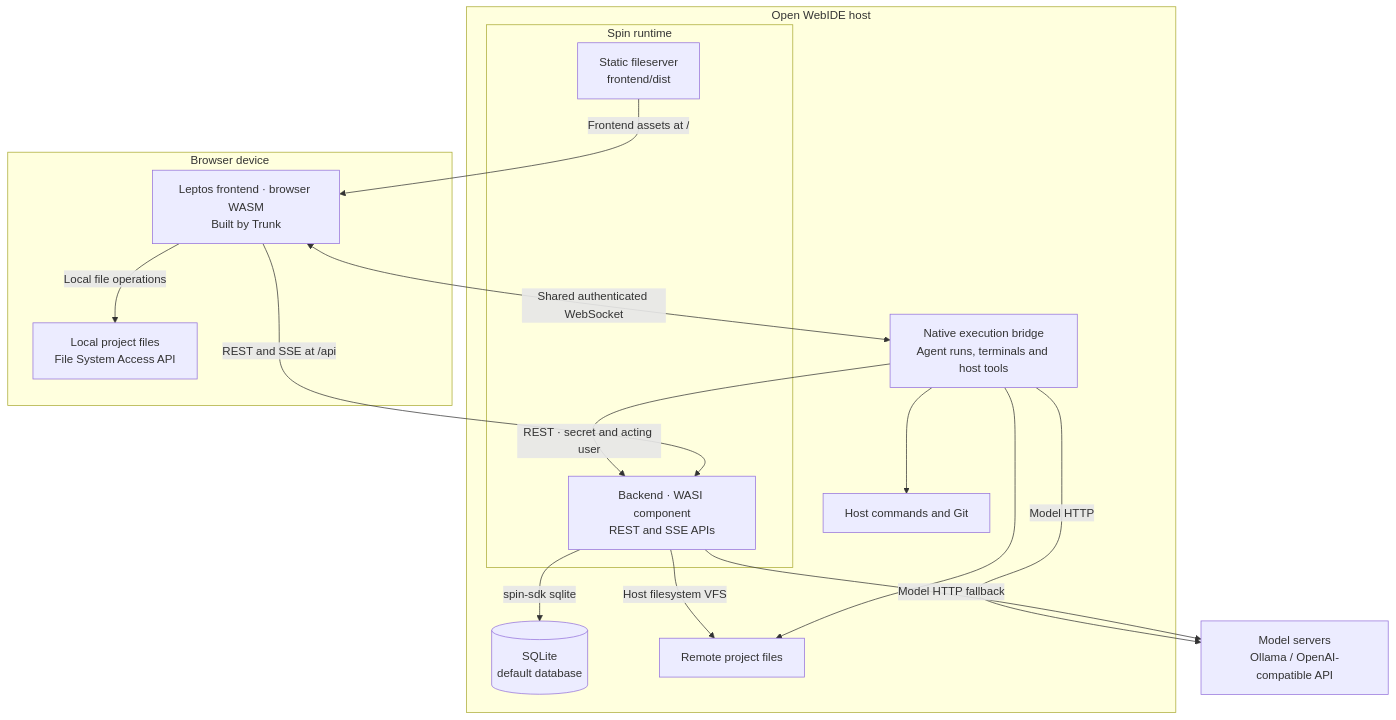
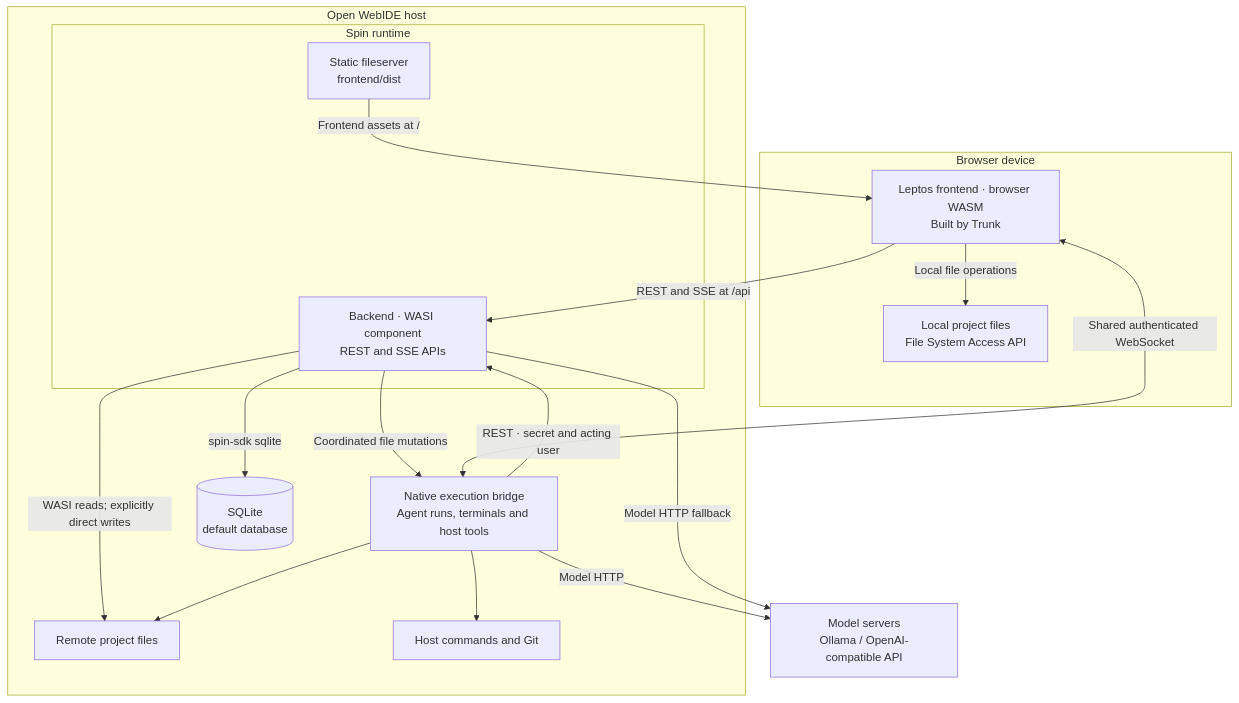
One commit to openwebide/openwebide changed the first of 5 diagrams in docs/architecture.md. Above: the diagram before and after it, drawn with Mermaid. The commit also changed other lines of this file and 253 other files, not shown here.

````diff
--- a/docs/architecture.md
+++ b/docs/architecture.md
@@ -52,29 +52,30 @@
 ```mermaid
 flowchart TB
     subgraph device["Browser device"]
         frontend["Leptos frontend · browser WASM<br/>Built by Trunk"]
         local["Local project files<br/>File System Access API"]
         frontend -->|"Local file operations"| local
     end
     subgraph host["Open WebIDE host"]
         subgraph spin["Spin runtime"]
             assets["Static fileserver<br/>frontend/dist"]
             backend["Backend · WASI component<br/>REST and SSE APIs"]
         end
         bridge["Native execution bridge<br/>Agent runs, terminals and host tools"]
         sqlite[("SQLite<br/>default database")]
         remote["Remote project files"]
         processes["Host commands and Git"]
         backend -->|"spin-sdk sqlite"| sqlite
-        backend -->|"Host filesystem VFS"| remote
+        backend -->|"WASI reads; explicitly direct writes"| remote
+        backend -->|"Coordinated file mutations"| bridge
         bridge --> remote
         bridge --> processes
         bridge -->|"REST · secret and acting user"| backend
     end
     models["Model servers<br/>Ollama / OpenAI-compatible API"]
     assets -->|"Frontend assets at /"| frontend
     frontend -->|"REST and SSE at /api"| backend
     frontend <-->|"Shared authenticated WebSocket"| bridge
     bridge -->|"Model HTTP"| models
     backend -->|"Model HTTP fallback"| models
 ```
````
